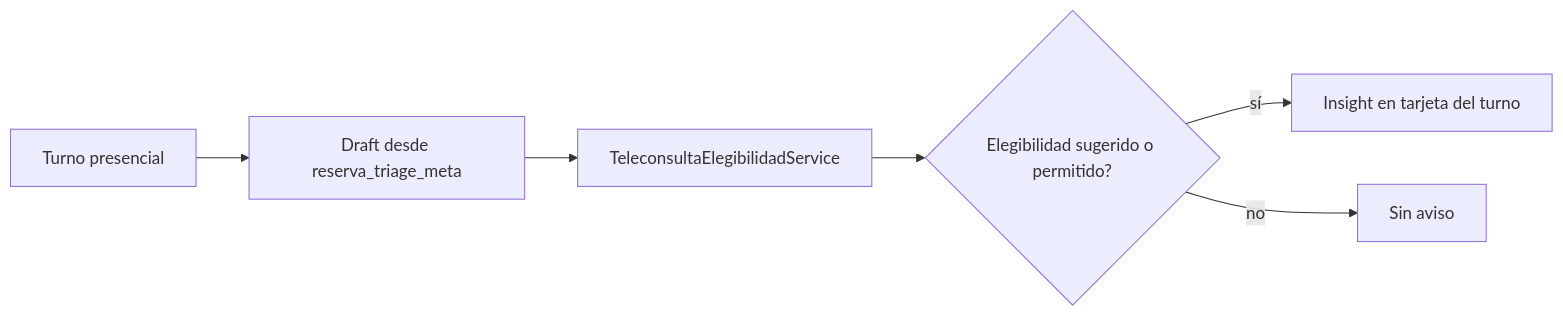
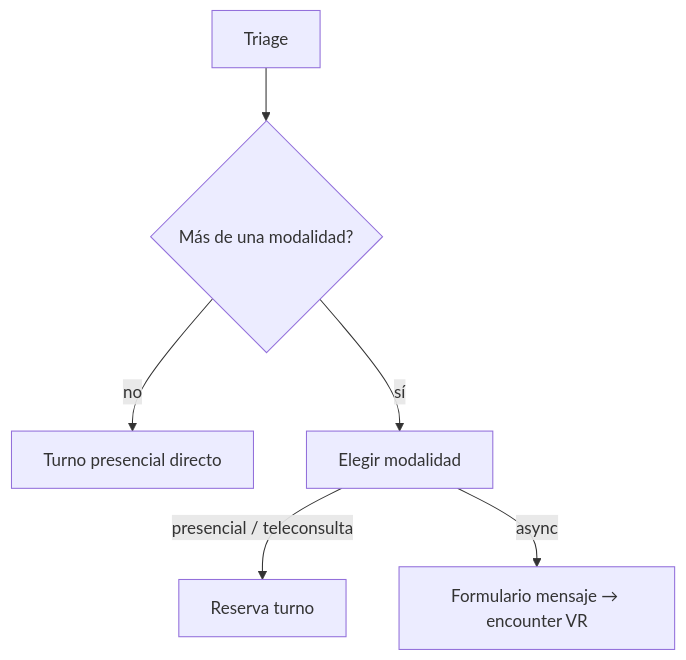
Before and after one commit to luischanferoni/bioenlace: the diagram in web/docs/producto/atencion-remota-async.md, drawn with Mermaid. The commit also changed other lines of this file and 13 other files, not shown here.

````diff
--- a/web/docs/producto/atencion-remota-async.md
+++ b/web/docs/producto/atencion-remota-async.md
@@ -23,8 +27,8 @@
 ```mermaid
-flowchart LR
-  T[Turno presencial] --> D[Draft desde reserva_triage_meta]
-  D --> E[TeleconsultaElegibilidadService]
-  E --> C{Elegibilidad sugerido o permitido?}
-  C -->|sí| I[Insight en tarjeta del turno]
-  C -->|no| X[Sin aviso]
+flowchart TD
+  T[Triage] --> M{Más de una modalidad?}
+  M -->|no| P[Turno presencial directo]
+  M -->|sí| E[Elegir modalidad]
+  E -->|presencial / teleconsulta| R[Reserva turno]
+  E -->|async| S[Formulario mensaje → encounter VR]
 ```
````
